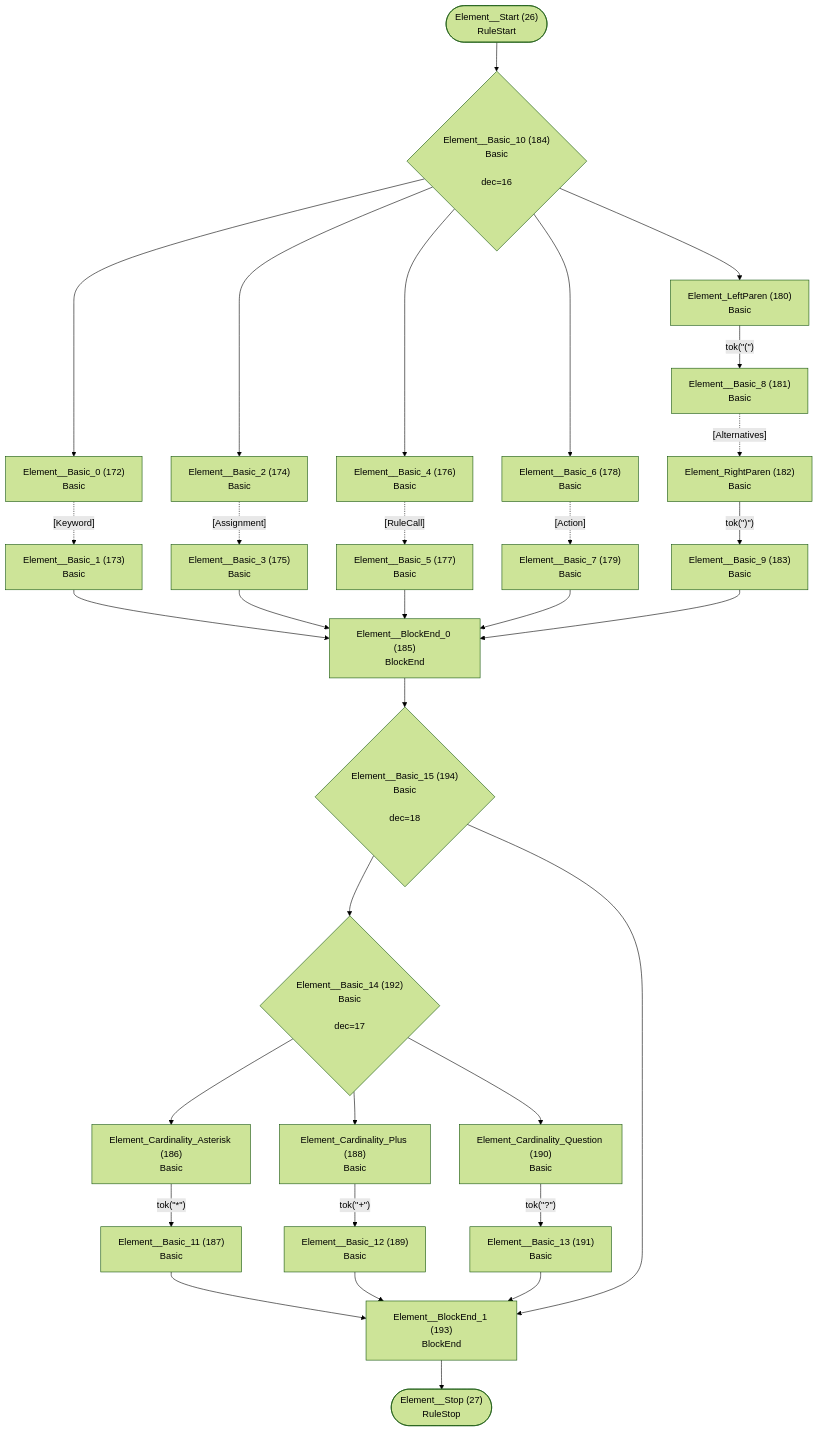
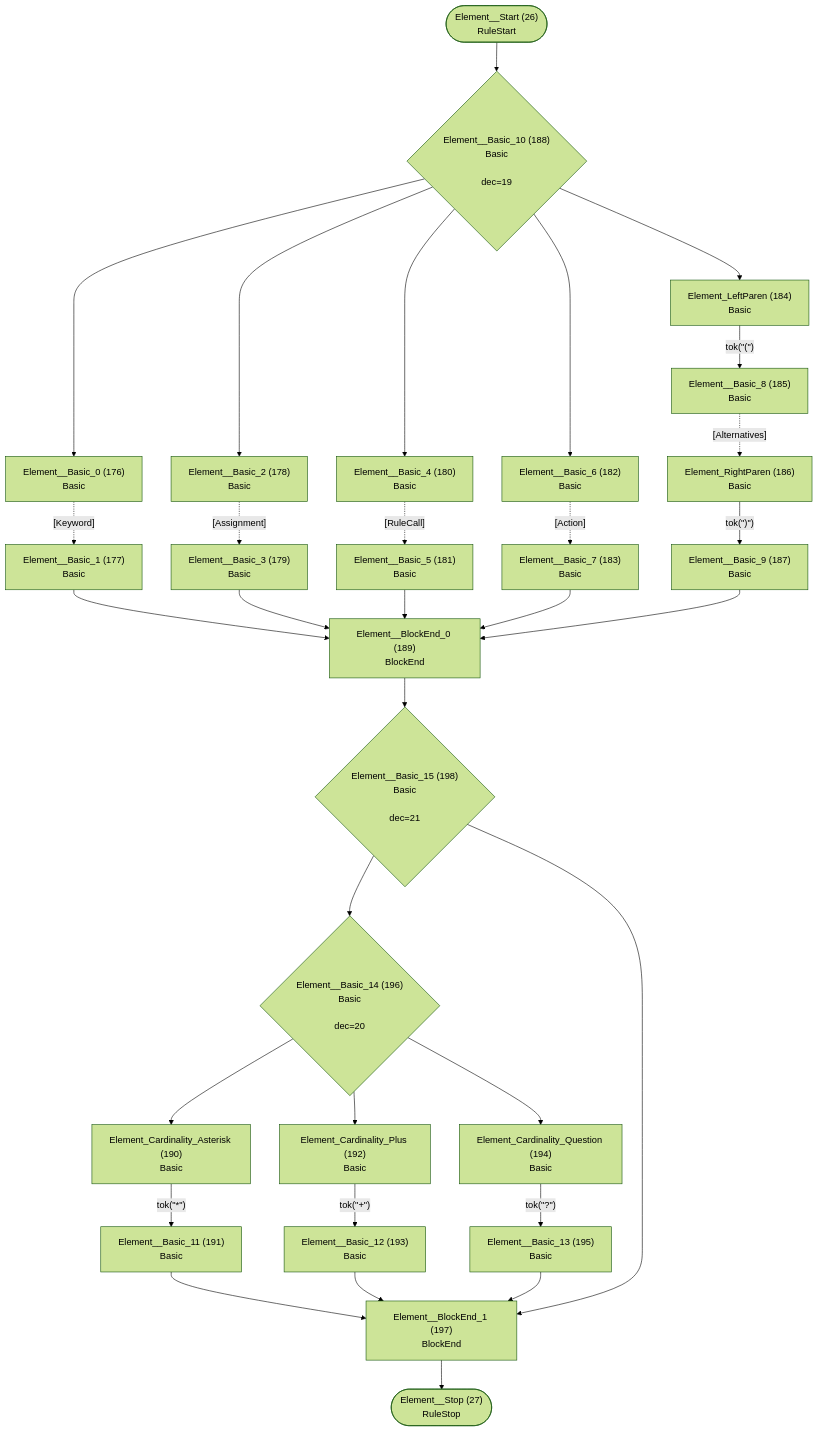
Before and after one commit to TypeFox/fastbelt: diagram 14 of 26 in internal/grammar/atn.md, drawn with Mermaid (forest theme). The commit also changed other lines of this file and 7 other files, not shown here.

````diff
--- a/internal/grammar/atn.md
+++ b/internal/grammar/atn.md
@@ -398,60 +409,60 @@
 ```mermaid
 flowchart TD
     q26(["Element__Start (26)<br/>RuleStart"])
     q27(["Element__Stop (27)<br/>RuleStop"])
-    q172["Element__Basic_0 (172)<br/>Basic<br/>"]
-    q173["Element__Basic_1 (173)<br/>Basic<br/>"]
-    q174["Element__Basic_2 (174)<br/>Basic<br/>"]
-    q175["Element__Basic_3 (175)<br/>Basic<br/>"]
-    q176["Element__Basic_4 (176)<br/>Basic<br/>"]
-    q177["Element__Basic_5 (177)<br/>Basic<br/>"]
-    q178["Element__Basic_6 (178)<br/>Basic<br/>"]
-    q179["Element__Basic_7 (179)<br/>Basic<br/>"]
-    q180["Element_LeftParen (180)<br/>Basic<br/>"]
-    q181["Element__Basic_8 (181)<br/>Basic<br/>"]
-    q182["Element_RightParen (182)<br/>Basic<br/>"]
-    q183["Element__Basic_9 (183)<br/>Basic<br/>"]
-    q184{"Element__Basic_10 (184)<br/>Basic<br/><br/>dec=16"}
-    q185["Element__BlockEnd_0 (185)<br/>BlockEnd<br/>"]
-    q186["Element_Cardinality_Asterisk (186)<br/>Basic<br/>"]
-    q187["Element__Basic_11 (187)<br/>Basic<br/>"]
-    q188["Element_Cardinality_Plus (188)<br/>Basic<br/>"]
-    q189["Element__Basic_12 (189)<br/>Basic<br/>"]
-    q190["Element_Cardinality_Question (190)<br/>Basic<br/>"]
-    q191["Element__Basic_13 (191)<br/>Basic<br/>"]
-    q192{"Element__Basic_14 (192)<br/>Basic<br/><br/>dec=17"}
-    q193["Element__BlockEnd_1 (193)<br/>BlockEnd<br/>"]
-    q194{"Element__Basic_15 (194)<br/>Basic<br/><br/>dec=18"}
+    q176["Element__Basic_0 (176)<br/>Basic<br/>"]
+    q177["Element__Basic_1 (177)<br/>Basic<br/>"]
+    q178["Element__Basic_2 (178)<br/>Basic<br/>"]
+    q179["Element__Basic_3 (179)<br/>Basic<br/>"]
+    q180["Element__Basic_4 (180)<br/>Basic<br/>"]
+    q181["Element__Basic_5 (181)<br/>Basic<br/>"]
+    q182["Element__Basic_6 (182)<br/>Basic<br/>"]
+    q183["Element__Basic_7 (183)<br/>Basic<br/>"]
+    q184["Element_LeftParen (184)<br/>Basic<br/>"]
+    q185["Element__Basic_8 (185)<br/>Basic<br/>"]
+    q186["Element_RightParen (186)<br/>Basic<br/>"]
+    q187["Element__Basic_9 (187)<br/>Basic<br/>"]
+    q188{"Element__Basic_10 (188)<br/>Basic<br/><br/>dec=19"}
+    q189["Element__BlockEnd_0 (189)<br/>BlockEnd<br/>"]
+    q190["Element_Cardinality_Asterisk (190)<br/>Basic<br/>"]
+    q191["Element__Basic_11 (191)<br/>Basic<br/>"]
+    q192["Element_Cardinality_Plus (192)<br/>Basic<br/>"]
+    q193["Element__Basic_12 (193)<br/>Basic<br/>"]
+    q194["Element_Cardinality_Question (194)<br/>Basic<br/>"]
+    q195["Element__Basic_13 (195)<br/>Basic<br/>"]
+    q196{"Element__Basic_14 (196)<br/>Basic<br/><br/>dec=20"}
+    q197["Element__BlockEnd_1 (197)<br/>BlockEnd<br/>"]
+    q198{"Element__Basic_15 (198)<br/>Basic<br/><br/>dec=21"}
 
-    q26 --> q184
-    q172 -.->|"[Keyword]"| q173
-    q173 --> q185
-    q174 -.->|"[Assignment]"| q175
-    q175 --> q185
-    q176 -.->|"[RuleCall]"| q177
-    q177 --> q185
-    q178 -.->|"[Action]"| q179
-    q179 --> q185
-    q180 -->|"tok(&quot;(&quot;)"| q181
-    q181 -.->|"[Alternatives]"| q182
-    q182 -->|"tok(&quot;)&quot;)"| q183
-    q183 --> q185
-    q184 --> q172
-    q184 --> q174
-    q184 --> q176
-    q184 --> q178
-    q184 --> q180
-    q185 --> q194
-    q186 -->|"tok(&quot;*&quot;)"| q187
-    q187 --> q193
-    q188 -->|"tok(&quot;+&quot;)"| q189
-    q189 --> q193
-    q190 -->|"tok(&quot;?&quot;)"| q191
-    q191 --> q193
-    q192 --> q186
-    q192 --> q188
-    q192 --> q190
-    q193 --> q27
-    q194 --> q192
-    q194 --> q193
+    q26 --> q188
+    q176 -.->|"[Keyword]"| q177
+    q177 --> q189
+    q178 -.->|"[Assignment]"| q179
+    q179 --> q189
+    q180 -.->|"[RuleCall]"| q181
+    q181 --> q189
+    q182 -.->|"[Action]"| q183
+    q183 --> q189
+    q184 -->|"tok(&quot;(&quot;)"| q185
+    q185 -.->|"[Alternatives]"| q186
+    q186 -->|"tok(&quot;)&quot;)"| q187
+    q187 --> q189
+    q188 --> q176
+    q188 --> q178
+    q188 --> q180
+    q188 --> q182
+    q188 --> q184
+    q189 --> q198
+    q190 -->|"tok(&quot;*&quot;)"| q191
+    q191 --> q197
+    q192 -->|"tok(&quot;+&quot;)"| q193
+    q193 --> q197
+    q194 -->|"tok(&quot;?&quot;)"| q195
+    q195 --> q197
+    q196 --> q190
+    q196 --> q192
+    q196 --> q194
+    q197 --> q27
+    q198 --> q196
+    q198 --> q197
 ```
````
